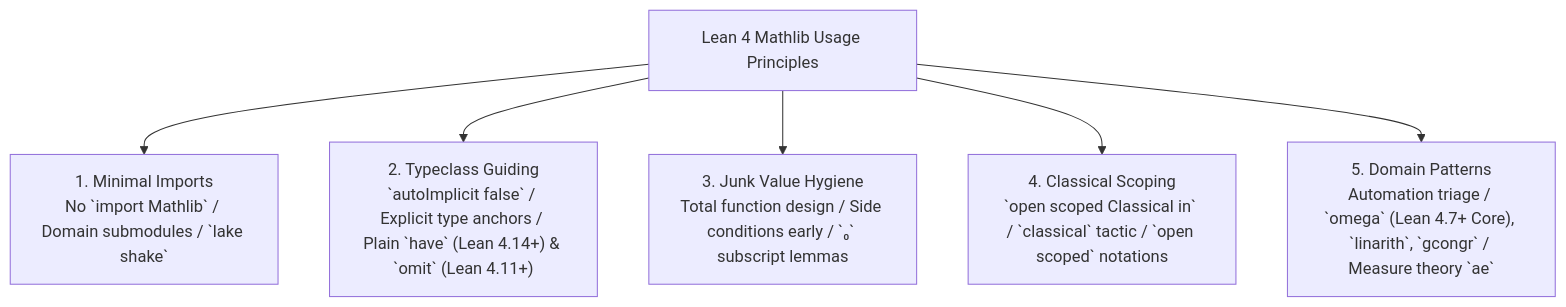
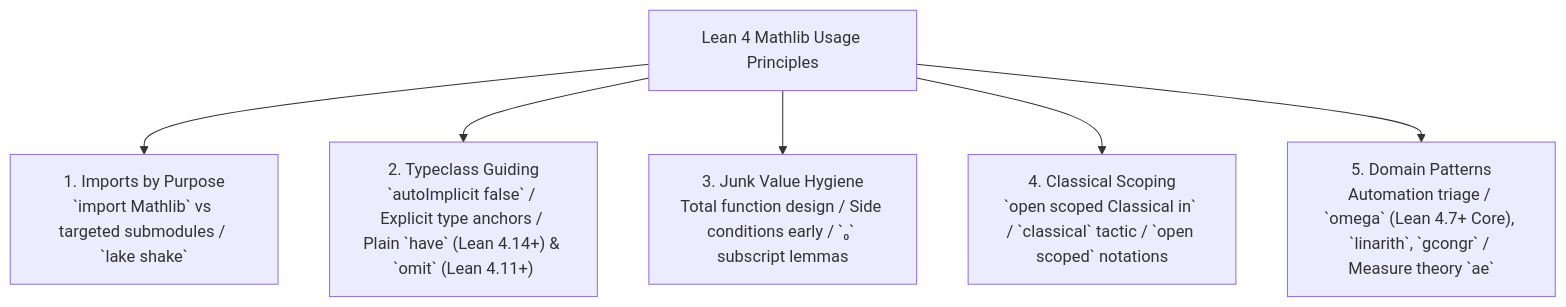
Before and after one commit to MI-1222/lean4-skills: the first of 2 diagrams in skills/lean4-mathlib-use/SKILL.md, drawn with Mermaid. The commit also changed other lines of this file and 2 other files, not shown here.

Commit message:
feat(mathlib-use): `import Mathlib`の代償と利点に応じたimportの選び方

````diff
--- a/skills/lean4-mathlib-use/SKILL.md
+++ b/skills/lean4-mathlib-use/SKILL.md
@@ -38,9 +38,9 @@
 ```mermaid
 graph TD
     Root["Lean 4 Mathlib Usage Principles"]
-    Root --> P1["1. Minimal Imports<br/>No `import Mathlib` / Domain submodules / `lake shake`"]
+    Root --> P1["1. Imports by Purpose<br/>`import Mathlib` vs targeted submodules / `lake shake`"]
     Root --> P2["2. Typeclass Guiding<br/>`autoImplicit false` / Explicit type anchors / Plain `have` (Lean 4.14+) & `omit` (Lean 4.11+)"]
     Root --> P3["3. Junk Value Hygiene<br/>Total function design / Side conditions early / `₀` subscript lemmas"]
     Root --> P4["4. Classical Scoping<br/>`open scoped Classical in` / `classical` tactic / `open scoped` notations"]
     Root --> P5["5. Domain Patterns<br/>Automation triage / `omega` (Lean 4.7+ Core), `linarith`, `gcongr` / Measure theory `ae`"]
 ```
````
